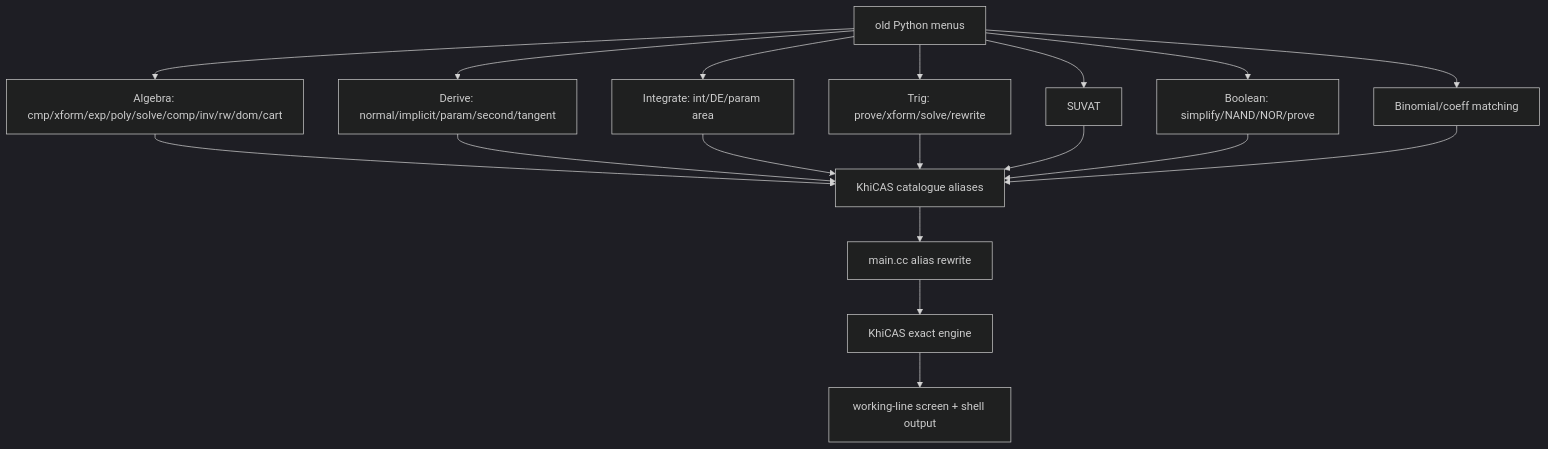
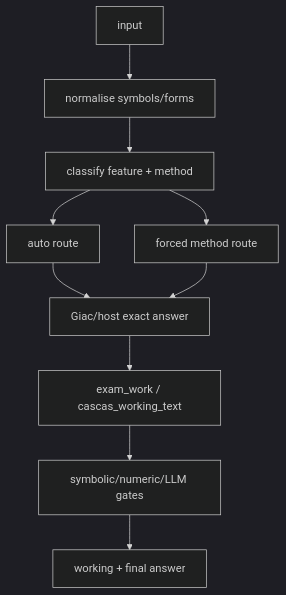
The fourth of 8 diagrams in c++/GRAPH.md (james8464/notes-addin-casio-fx-cg50), drawn with Mermaid (dark theme) before and after one commit. The commit also changed other lines of this file, not shown here.

Commit message:
Rebuild compact project graph

````diff
--- a/c++/GRAPH.md
+++ b/c++/GRAPH.md
@@ -59,20 +89,12 @@
 ```mermaid
 graph TD
-  OldPy["old Python menus"] --> Alg["Algebra: cmp/xform/exp/poly/solve/comp/inv/rw/dom/cart"]
-  OldPy --> Der["Derive: normal/implicit/param/second/tangent"]
-  OldPy --> Int["Integrate: int/DE/param area"]
-  OldPy --> Tri["Trig: prove/xform/solve/rewrite"]
-  OldPy --> Suv["SUVAT"]
-  OldPy --> Bool["Boolean: simplify/NAND/NOR/prove"]
-  OldPy --> Bin["Binomial/coeff matching"]
-  Alg --> Cat["KhiCAS catalogue aliases"]
-  Der --> Cat
-  Int --> Cat
-  Tri --> Cat
-  Suv --> Cat
-  Bool --> Cat
-  Bin --> Cat
-  Cat --> Rew["main.cc alias rewrite"]
-  Rew --> Giac["KhiCAS exact engine"]
-  Giac --> Work["working-line screen + shell output"]
+  In["input"] --> Norm["normalise symbols/forms"]
+  Norm --> Class["classify feature + method"]
+  Class --> Auto["auto route"]
+  Class --> Forced["forced method route"]
+  Auto --> Exact["Giac/host exact answer"]
+  Forced --> Exact
+  Exact --> Steps["exam_work / cascas_working_text"]
+  Steps --> Verify["symbolic/numeric/LLM gates"]
+  Verify --> Out["working + final answer"]
 ```
````
